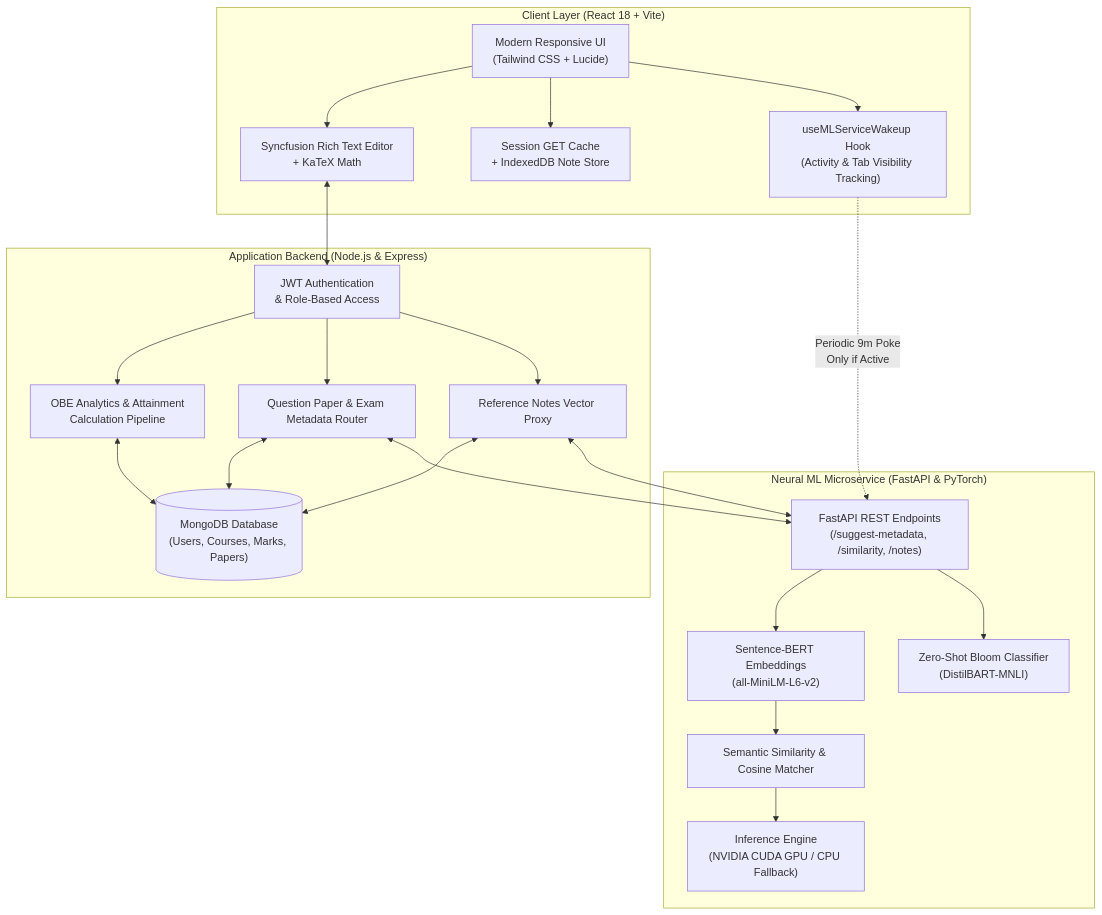
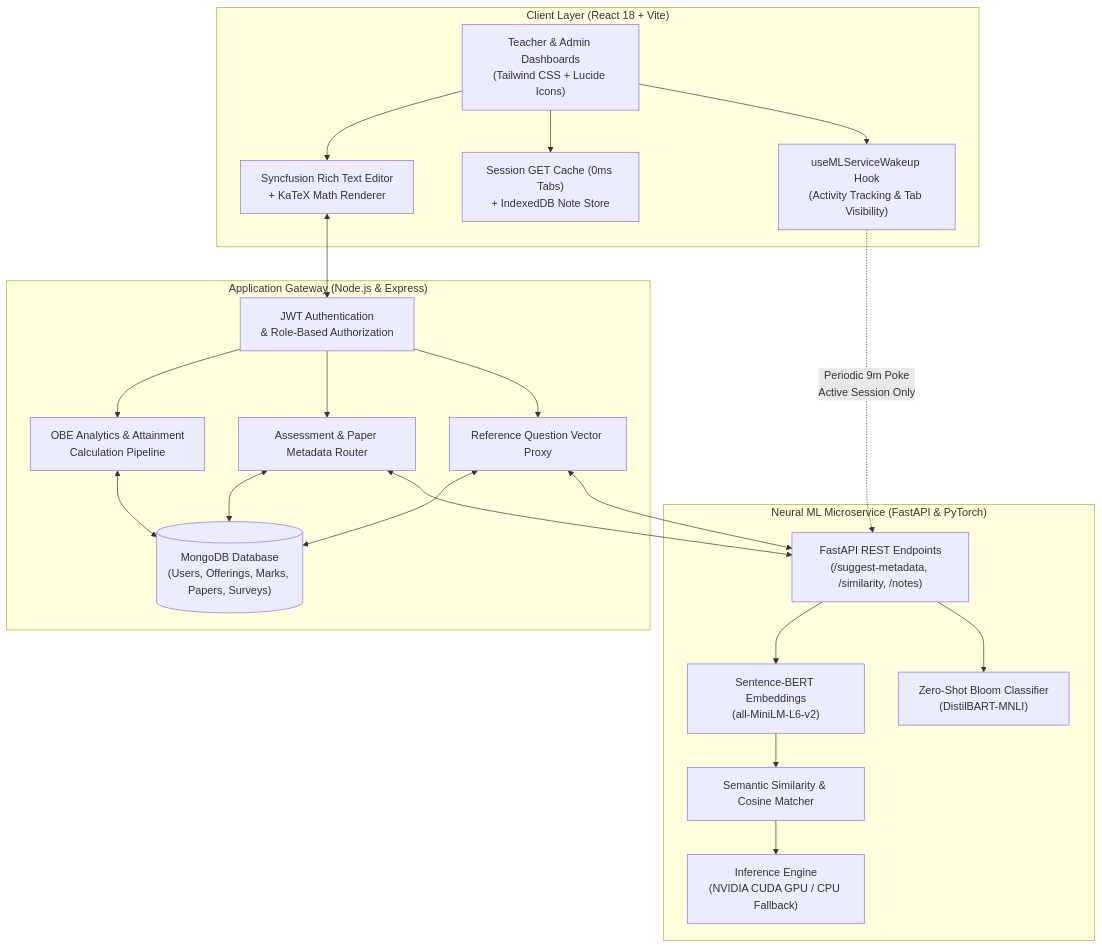
One commit to sarkarjoy86/Student-Outcome-Analyzer changed the first of 6 diagrams in README.md. Above: the diagram before and after it, drawn with Mermaid. The commit also changed other lines of this file and 1 other file, not shown here.

Commit message:
Comprehensive Capstone documentation overhaul: Teacher Workspaces, AI Suite, Reports, PO Recommendation, Admin Panel, and Proprietary License

````diff
--- a/README.md
+++ b/README.md
@@ -28,43 +31,43 @@
 ```mermaid
 graph TB
     subgraph Client ["Client Layer (React 18 + Vite)"]
-        UI["Modern Responsive UI\n(Tailwind CSS + Lucide)"]
-        RTE["Syncfusion Rich Text Editor\n+ KaTeX Math"]
-        Cache["Session GET Cache\n+ IndexedDB Note Store"]
-        WakeHook["useMLServiceWakeup Hook\n(Activity & Tab Visibility Tracking)"]
+        UI["Teacher & Admin Dashboards\n(Tailwind CSS + Lucide Icons)"]
+        RTE["Syncfusion Rich Text Editor\n+ KaTeX Math Renderer"]
+        Cache["Session GET Cache (0ms Tabs)\n+ IndexedDB Note Store"]
+        WakeHook["useMLServiceWakeup Hook\n(Activity Tracking & Tab Visibility)"]
     end
 
-    subgraph BackendGateway ["Application Backend (Node.js & Express)"]
-        AuthMiddleware["JWT Authentication\n& Role-Based Access"]
+    subgraph BackendGateway ["Application Gateway (Node.js & Express)"]
+        AuthMiddleware["JWT Authentication\n& Role-Based Authorization"]
         OBERoutes["OBE Analytics & Attainment\nCalculation Pipeline"]
-        ExamRoutes["Question Paper & Exam Metadata Router"]
-        NotesRoutes["Reference Notes Vector Proxy"]
-        MongoDB[("MongoDB Database\n(Users, Courses, Marks, Papers)")]
+        ExamRoutes["Assessment & Paper Metadata Router"]
+        NotesRoutes["Reference Question Vector Proxy"]
+        MongoDB[("MongoDB Database\n(Users, Offerings, Marks, Papers, Surveys)")]
     end
 
     subgraph MLMicroservice ["Neural ML Microservice (FastAPI & PyTorch)"]
         MLRouter["FastAPI REST Endpoints\n(/suggest-metadata, /similarity, /notes)"]
         SBERT["Sentence-BERT Embeddings\n(all-MiniLM-L6-v2)"]
         ZeroShot["Zero-Shot Bloom Classifier\n(DistilBART-MNLI)"]
         VectorMatch["Semantic Similarity & Cosine Matcher"]
         HardwareEngine["Inference Engine\n(NVIDIA CUDA GPU / CPU Fallback)"]
     end
 
     UI --> RTE
     UI --> Cache
     UI --> WakeHook
     RTE <--> AuthMiddleware
-    WakeHook -.->|Periodic 9m Poke\nOnly if Active| MLRouter
+    WakeHook -.->|Periodic 9m Poke\nActive Session Only| MLRouter
     AuthMiddleware --> OBERoutes
     AuthMiddleware --> ExamRoutes
     AuthMiddleware --> NotesRoutes
     OBERoutes <--> MongoDB
     ExamRoutes <--> MongoDB
     NotesRoutes <--> MongoDB
     ExamRoutes <--> MLRouter
     NotesRoutes <--> MLRouter
     MLRouter --> SBERT
     MLRouter --> ZeroShot
     SBERT --> VectorMatch
     VectorMatch --> HardwareEngine
 ```
````
